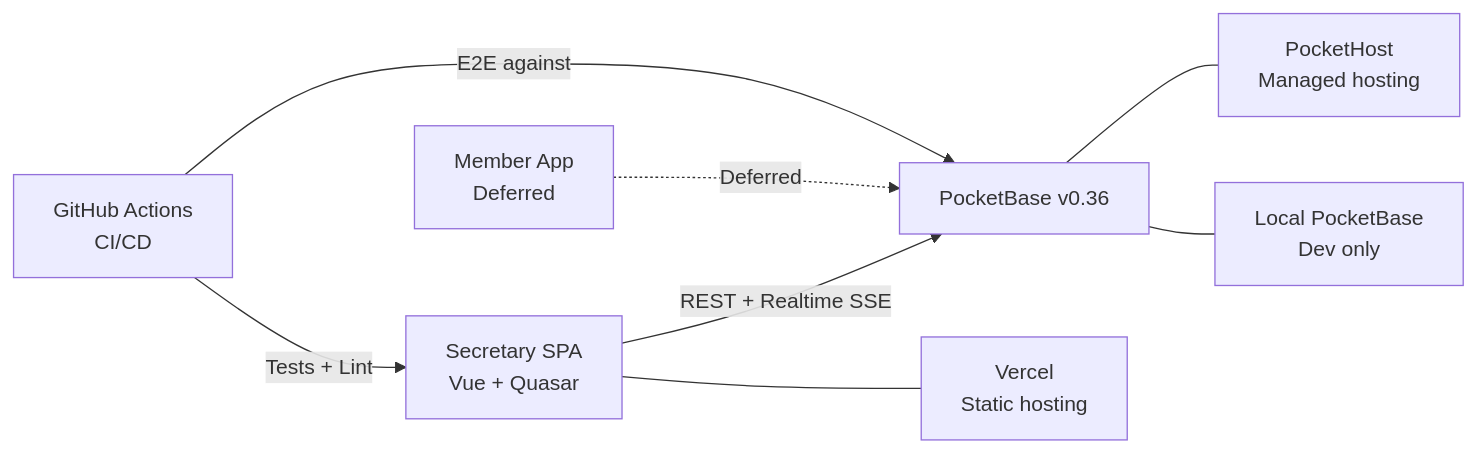
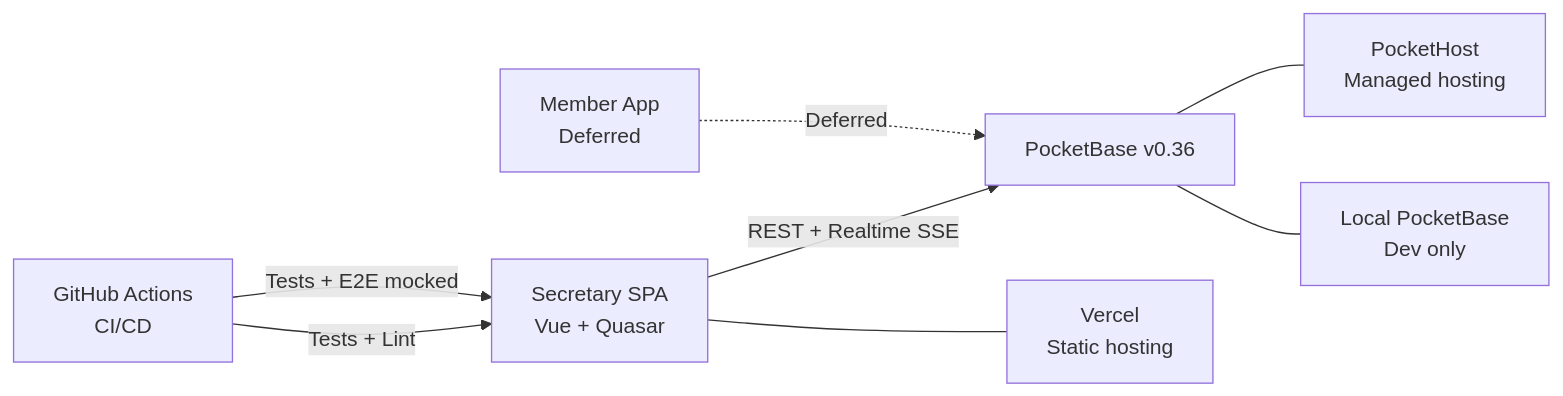
The first of 4 diagrams in documentation/02_architecture.md (DarynHolmes/festive), drawn with Mermaid before and after one commit. The commit also changed other lines of this file and 2 other files, not shown here.

Commit message:
Fix diagrams, remove zod validation

````diff
--- a/documentation/02_architecture.md
+++ b/documentation/02_architecture.md
@@ -9,18 +9,18 @@
 ```mermaid
 graph LR
     Admin[Secretary SPA<br/>Vue + Quasar]
     Member[Member App<br/>Deferred]
     PB[PocketBase v0.36]
     PH[PocketHost<br/>Managed hosting]
     Local[Local PocketBase<br/>Dev only]
     Vercel[Vercel<br/>Static hosting]
     GH[GitHub Actions<br/>CI/CD]
 
     Admin -->|REST + Realtime SSE| PB
     Member -.->|Deferred| PB
     PB --- PH
     PB --- Local
     Admin --- Vercel
     GH -->|Tests + Lint| Admin
-    GH -->|E2E against| PB
+    GH -->|Tests + E2E mocked| Admin
 ```
````
